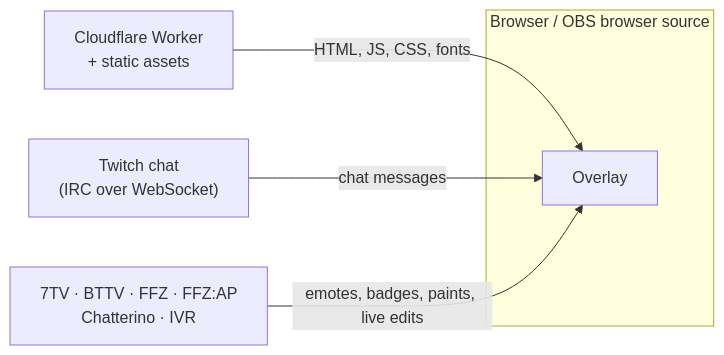
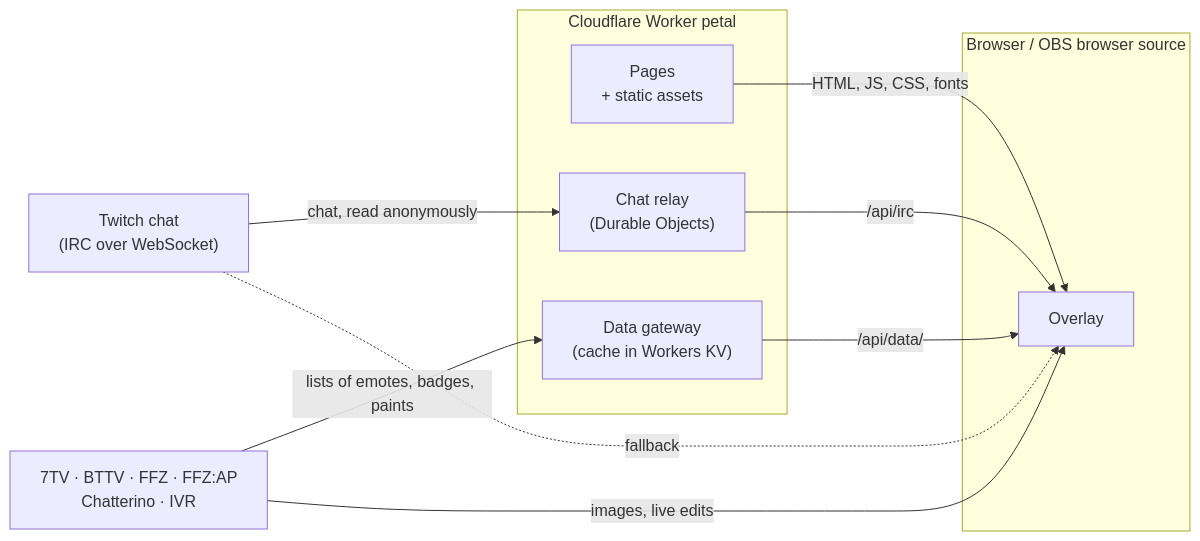
Before and after one commit to shiftbloom-studio/ChatBloom: the diagram in docs/ARCHITECTURE.md, drawn with Mermaid. The commit also changed other lines of this file and 138 other files, not shown here.

First line of the commit message:
feat: relay chat through Cloudflare, set up the overlay on the start page

````diff
--- a/docs/ARCHITECTURE.md
+++ b/docs/ARCHITECTURE.md
@@ -15,13 +18,21 @@
 ```mermaid
 flowchart LR
     subgraph Client["Browser / OBS browser source"]
         Overlay["Overlay"]
     end
-    Worker["Cloudflare Worker<br/>+ static assets"]
+    subgraph Cloudflare["Cloudflare Worker petal"]
+        Pages["Pages<br/>+ static assets"]
+        Relay["Chat relay<br/>(Durable Objects)"]
+        Gateway["Data gateway<br/>(cache in Workers KV)"]
+    end
     Twitch["Twitch chat<br/>(IRC over WebSocket)"]
     Providers["7TV · BTTV · FFZ · FFZ:AP<br/>Chatterino · IVR"]
 
-    Worker -->|"HTML, JS, CSS, fonts"| Overlay
-    Twitch -->|"chat messages"| Overlay
-    Providers -->|"emotes, badges, paints, live edits"| Overlay
+    Pages -->|"HTML, JS, CSS, fonts"| Overlay
+    Twitch -->|"chat, read anonymously"| Relay
+    Relay -->|"/api/irc"| Overlay
+    Providers -->|"lists of emotes, badges, paints"| Gateway
+    Gateway -->|"/api/data/"| Overlay
+    Providers -->|"images, live edits"| Overlay
+    Twitch -.->|"fallback"| Overlay
 ```
````
